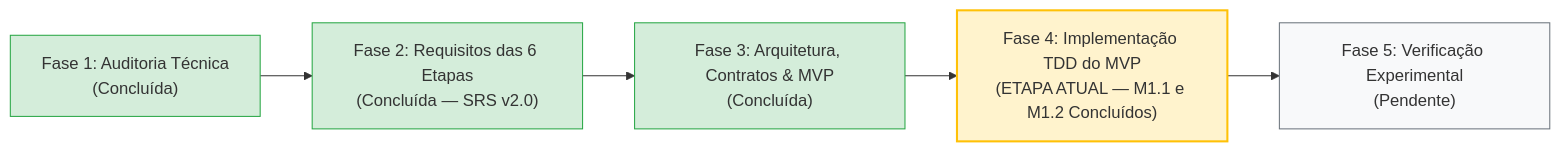
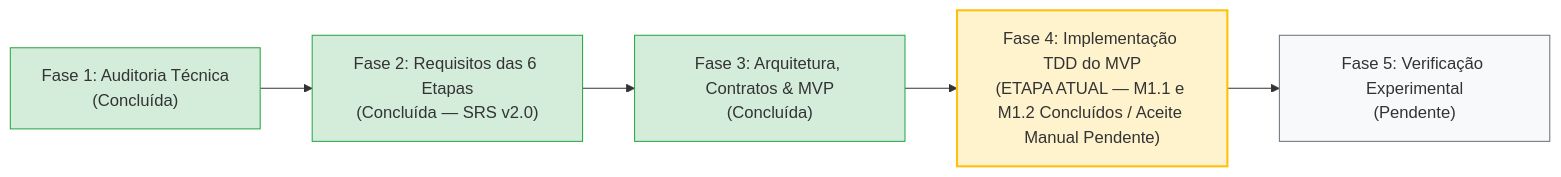
Before and after one commit to aleerangel/experimental-ml-framework: the diagram in engenharia_software/ETAPA_ATUAL_ENGENHARIA.md, drawn with Mermaid. The commit also changed other lines of this file and 17 other files, not shown here.

````diff
--- a/engenharia_software/ETAPA_ATUAL_ENGENHARIA.md
+++ b/engenharia_software/ETAPA_ATUAL_ENGENHARIA.md
@@ -16,13 +19,13 @@
 ```mermaid
 flowchart LR
     Fase1["Fase 1: Auditoria Técnica<br/>(Concluída)"] --> Fase2["Fase 2: Requisitos das 6 Etapas<br/>(Concluída — SRS v2.0)"]
     Fase2 --> Fase3["Fase 3: Arquitetura, Contratos & MVP<br/>(Concluída)"]
-    Fase3 --> Fase4["Fase 4: Implementação TDD do MVP<br/>(ETAPA ATUAL — M1.1 e M1.2 Concluídos)"]
+    Fase3 --> Fase4["Fase 4: Implementação TDD do MVP<br/>(ETAPA ATUAL — M1.1 e M1.2 Concluídos / Aceite Manual Pendente)"]
     Fase4 --> Fase5["Fase 5: Verificação Experimental<br/>(Pendente)"]
     
     style Fase1 fill:#d4edda,stroke:#28a745
     style Fase2 fill:#d4edda,stroke:#28a745
     style Fase3 fill:#d4edda,stroke:#28a745
     style Fase4 fill:#fff3cd,stroke:#ffc107,stroke-width:2px
     style Fase5 fill:#f8f9fa,stroke:#6c757d
 ```
````
